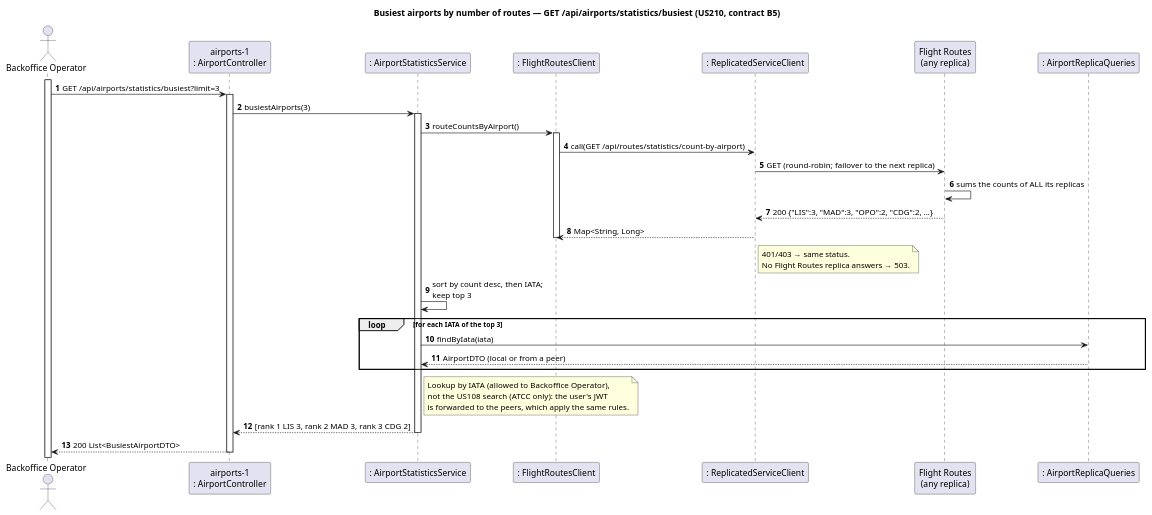
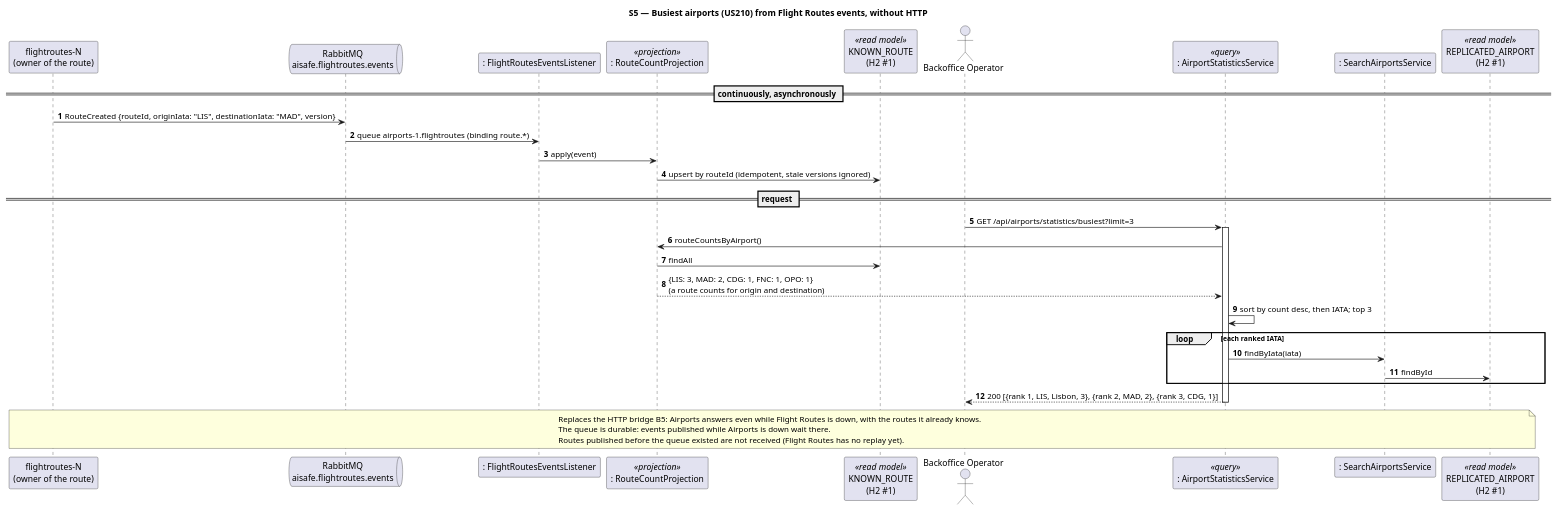
One commit to caetanotiago/Project_SIDIS changed the diagram in docs/5-scenarios/airports/puml/Airports-SD-BusiestAirports.puml. Above: the diagram before and after it, drawn with PlantUML. The commit also changed 25 other files, not shown here.

```diff
--- a/docs/5-scenarios/airports/puml/Airports-SD-BusiestAirports.puml
+++ b/docs/5-scenarios/airports/puml/Airports-SD-BusiestAirports.puml
@@ -1,43 +1,39 @@
 @startuml Airports-SD-BusiestAirports
 autonumber
-title Busiest airports by number of routes — GET /api/airports/statistics/busiest (US210, contract B5)
+title S5 — Busiest airports (US210) from Flight Routes events, without HTTP
+participant "flightroutes-N\n(owner of the route)" as FR
+queue "RabbitMQ\naisafe.flightroutes.events" as MQ
+participant ": FlightRoutesEventsListener" as L
+participant ": RouteCountProjection" as P <<projection>>
+participant "KNOWN_ROUTE\n(H2 #1)" as KR <<read model>>
 actor "Backoffice Operator" as BO
-participant "airports-1\n: AirportController" as Ctrl
-participant ": AirportStatisticsService" as Service
-participant ": FlightRoutesClient" as Client
-participant ": ReplicatedServiceClient" as Rep
-participant "Flight Routes\n(any replica)" as FR
-participant ": AirportReplicaQueries" as Queries
+participant ": AirportStatisticsService" as S <<query>>
+participant ": SearchAirportsService" as Q
+participant "REPLICATED_AIRPORT\n(H2 #1)" as RA <<read model>>
 
-activate BO
-BO -> Ctrl : GET /api/airports/statistics/busiest?limit=3
-activate Ctrl
-Ctrl -> Service : busiestAirports(3)
-activate Service
-Service -> Client : routeCountsByAirport()
-activate Client
-Client -> Rep : call(GET /api/routes/statistics/count-by-airport)
-Rep -> FR : GET (round-robin; failover to the next replica)
-FR -> FR : sums the counts of ALL its replicas
-FR --> Rep : 200 {"LIS":3, "MAD":3, "OPO":2, "CDG":2, ...}
-Rep --> Client : Map<String, Long>
-deactivate Client
-note right of Rep
-  401/403 → same status.
-  No Flight Routes replica answers → 503.
+== continuously, asynchronously ==
+FR -> MQ : RouteCreated {routeId, originIata: "LIS", destinationIata: "MAD", version}
+MQ -> L : queue airports-1.flightroutes (binding route.*)
+L -> P : apply(event)
+P -> KR : upsert by routeId (idempotent, stale versions ignored)
+
+== request ==
+BO -> S : GET /api/airports/statistics/busiest?limit=3
+activate S
+S -> P : routeCountsByAirport()
+P -> KR : findAll
+P --> S : {LIS: 3, MAD: 2, CDG: 1, FNC: 1, OPO: 1}\n(a route counts for origin and destination)
+S -> S : sort by count desc, then IATA; top 3
+loop each ranked IATA
+  S -> Q : findByIata(iata)
+  Q -> RA : findById
+end
+S --> BO : 200 [{rank 1, LIS, Lisbon, 3}, {rank 2, MAD, 2}, {rank 3, CDG, 1}]
+deactivate S
+
+note over FR, RA
+  Replaces the HTTP bridge B5: Airports answers even while Flight Routes is down, with the routes it already knows.
+  The queue is durable: events published while Airports is down wait there.
+  Routes published before the queue existed are not received (Flight Routes has no replay yet).
 end note
-Service -> Service : sort by count desc, then IATA;\nkeep top 3
-loop for each IATA of the top 3
-    Service -> Queries : findByIata(iata)
-    Queries --> Service : AirportDTO (local or from a peer)
-end
-note right of Service
-  Lookup by IATA (allowed to Backoffice Operator),
-  not the US108 search (ATCC only): the user's JWT
-  is forwarded to the peers, which apply the same rules.
-end note
-Service --> Ctrl : [rank 1 LIS 3, rank 2 MAD 3, rank 3 CDG 2]
-deactivate Service
-Ctrl --> BO : 200 List<BusiestAirportDTO>
-deactivate Ctrl
 @enduml
```
